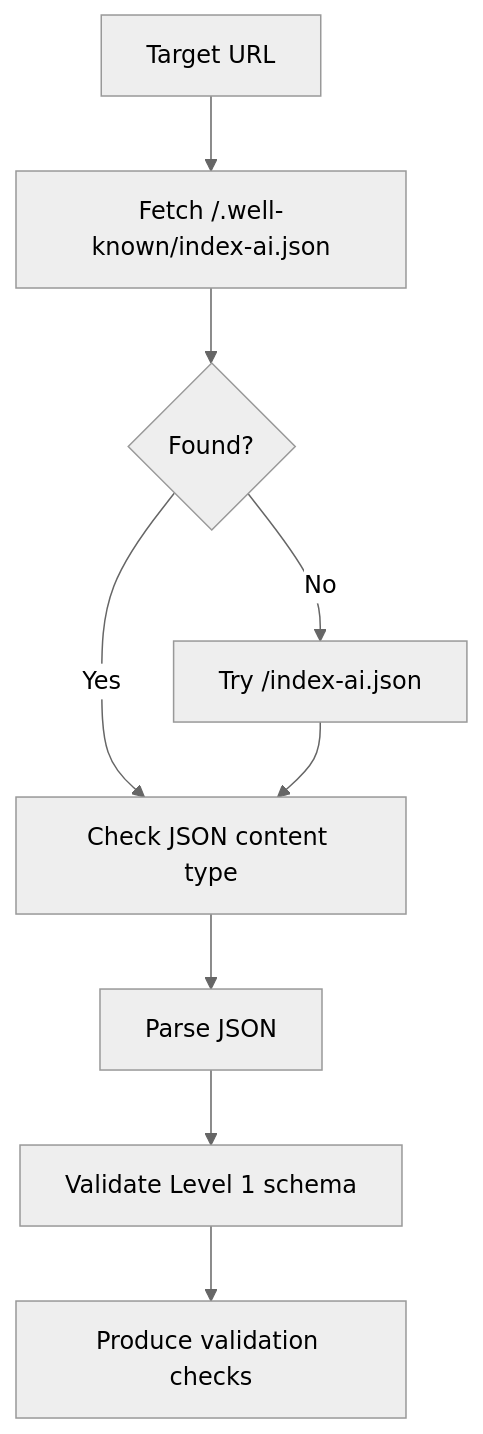
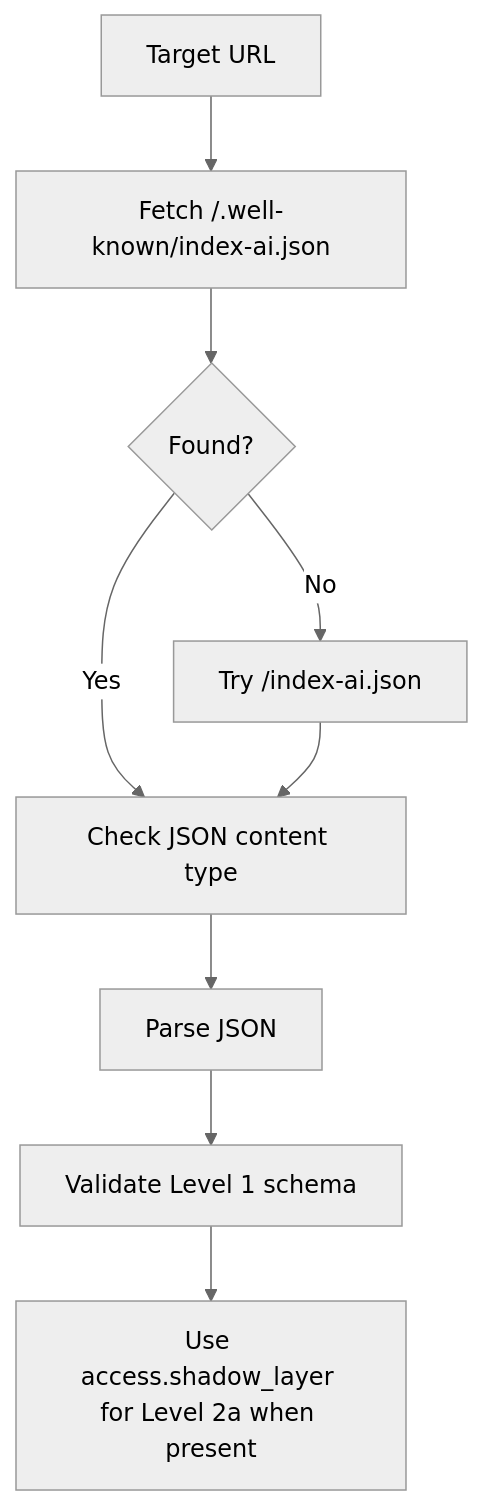
Before and after one commit to jordachmakaya/index-ai-validator: the diagram in docs/guide/level-1-manifest.md, drawn with Mermaid (neutral theme). The commit also changed other lines of this file and 16 other files, not shown here.

Commit message:
feat: add level 2a shadow index validation

````diff
--- a/docs/guide/level-1-manifest.md
+++ b/docs/guide/level-1-manifest.md
@@ -43,11 +45,11 @@
 ```mermaid
 flowchart TD
   A["Target URL"] --> B["Fetch /.well-known/index-ai.json"]
   B --> C{"Found?"}
   C -->|No| D["Try /index-ai.json"]
   C -->|Yes| E["Check JSON content type"]
   D --> E
   E --> F["Parse JSON"]
   F --> G["Validate Level 1 schema"]
-  G --> H["Produce validation checks"]
+  G --> H["Use access.shadow_layer for Level 2a when present"]
 ```
````
